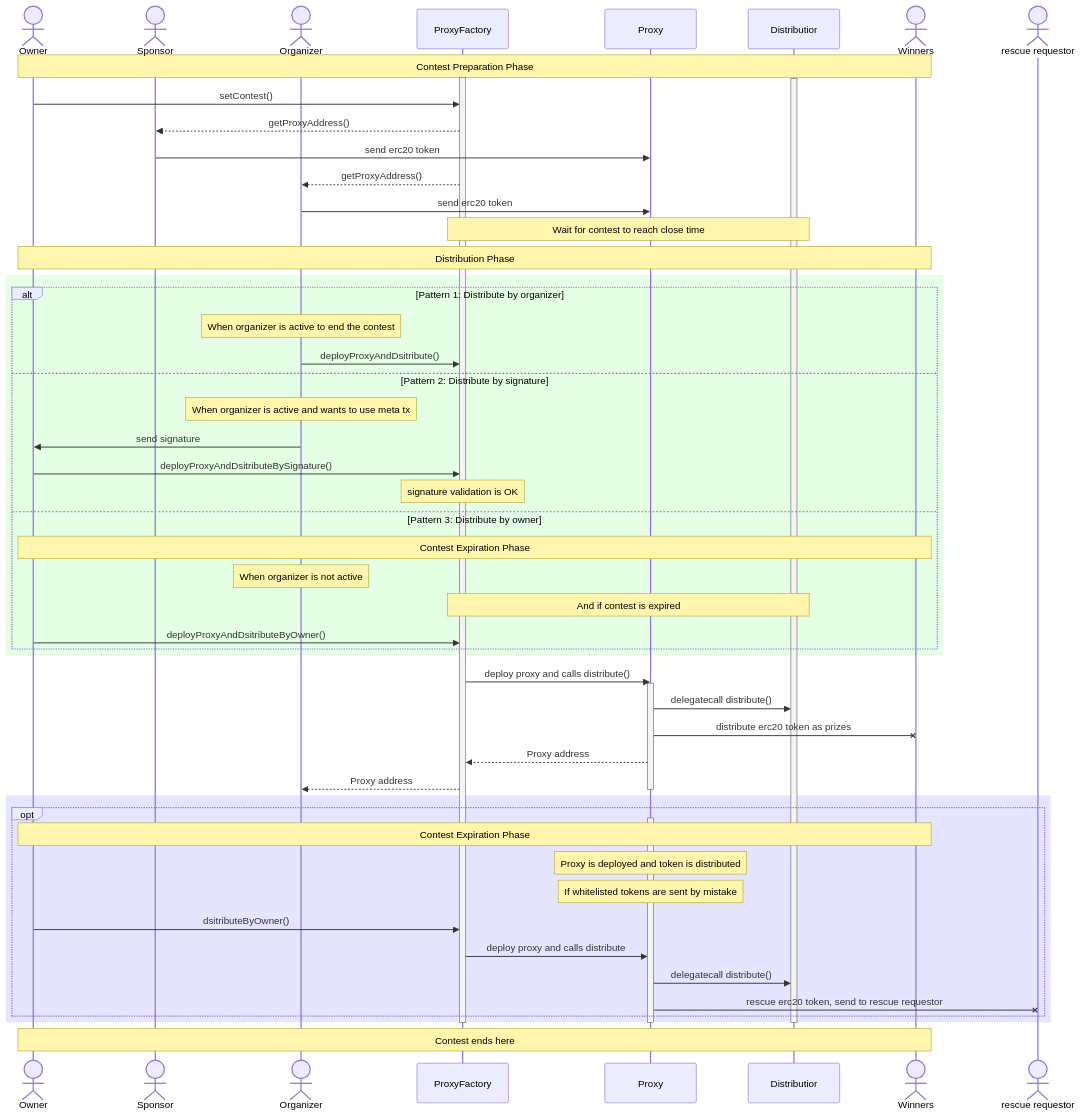
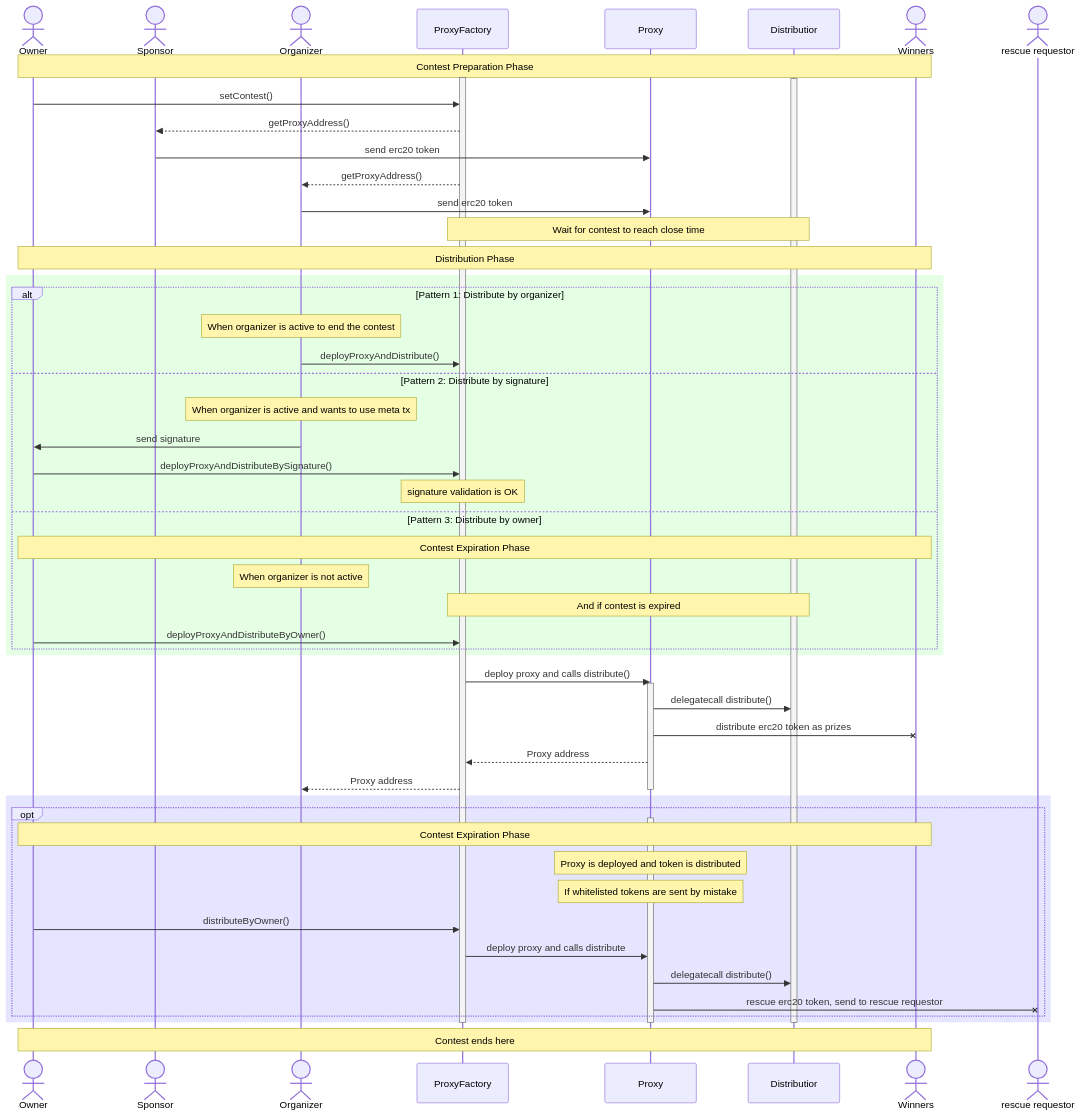
One commit to codefox-inc/sparkn-contracts changed the diagram in README.md. Above: the diagram before and after it, drawn with Mermaid. The commit also changed 5 other files, not shown here.

Commit message:
replace `deployProxyAndDsitribute` -> `deployProxyAndDistribute`

````diff
--- a/README.md
+++ b/README.md
@@ -121,61 +121,61 @@
 ```mermaid
 sequenceDiagram
     actor 1 as Owner
     actor S as Sponsor
     actor O as Organizer
     participant PF as ProxyFactory
     participant P as Proxy
     participant D as Distributior
     actor W as Winners
     actor RT as rescue requestor
     Note over 1,W: Contest Preparation Phase
     activate PF
     activate D
     1->>PF: setContest()
     PF-->>S: getProxyAddress()
     S->>P: send erc20 token
     PF-->>O: getProxyAddress()
     O->>P: send erc20 token
     Note over PF,D: Wait for contest to reach close time
     Note over 1,W: Distribution Phase
     rect rgba(0, 255, 0, 0.1)
         alt Pattern 1: Distribute by organizer
         Note over O: When organizer is active to end the contest
-            O->>PF: deployProxyAndDsitribute()
+            O->>PF: deployProxyAndDistribute()
     else Pattern 2: Distribute by signature
     Note over O: When organizer is active and wants to use meta tx
         O ->> 1: send signature
-        1->>PF: deployProxyAndDsitributeBySignature()
+        1->>PF: deployProxyAndDistributeBySignature()
         note over PF: signature validation is OK
     else Pattern 3: Distribute by owner
     Note over 1,W: Contest Expiration Phase
         Note over O: When organizer is not active
         Note over PF, D: And if contest is expired
-        1->>PF: deployProxyAndDsitributeByOwner()
+        1->>PF: deployProxyAndDistributeByOwner()
     end
     end
     PF->>P: deploy proxy and calls distribute()
     activate P
     P->>D: delegatecall distribute()
     P-xW: distribute erc20 token as prizes
     P-->>PF: Proxy address
     PF-->>O: Proxy address
     deactivate P
     rect rgba(0, 0, 255, 0.1)
         opt
             activate P
             Note over 1,W: Contest Expiration Phase
             Note over P: Proxy is deployed and token is distributed
             Note over P: If whitelisted tokens are sent by mistake
-            1->>PF: dsitributeByOwner()
+            1->>PF: distributeByOwner()
             PF->>P: deploy proxy and calls distribute
             P->>D: delegatecall distribute()
             P-xRT: rescue erc20 token, send to rescue requestor
         end
     end
     deactivate PF
     deactivate P
     deactivate D
     Note over 1,W: Contest ends here
 
 ```
````
